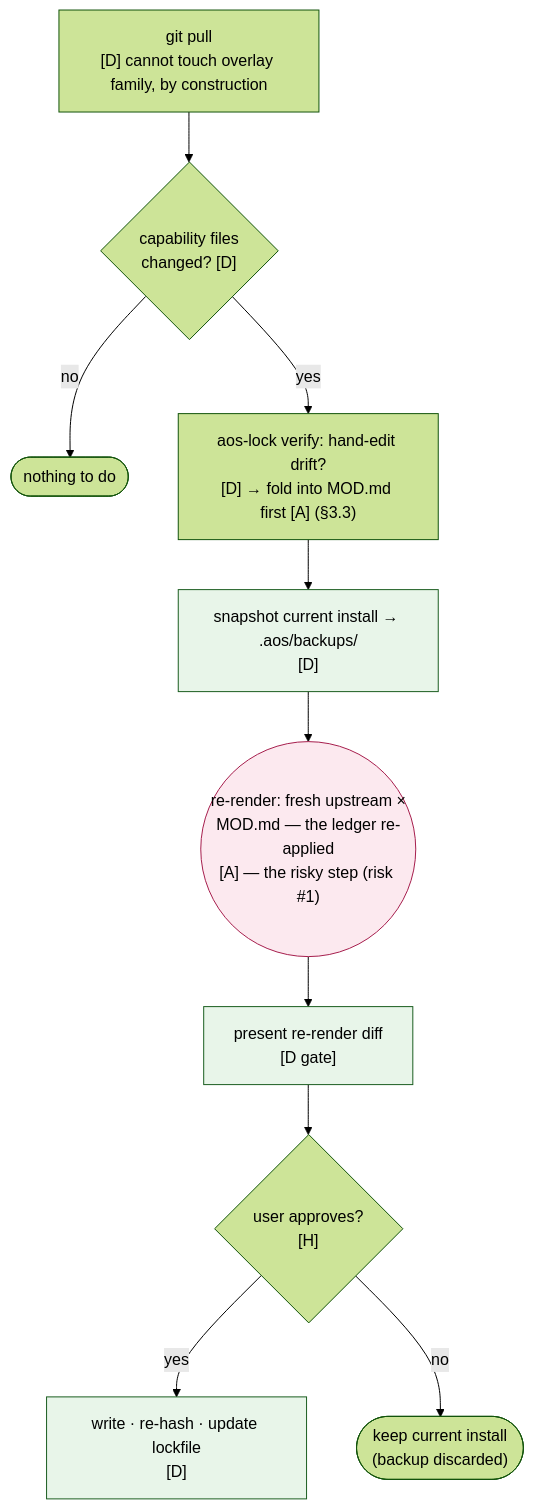
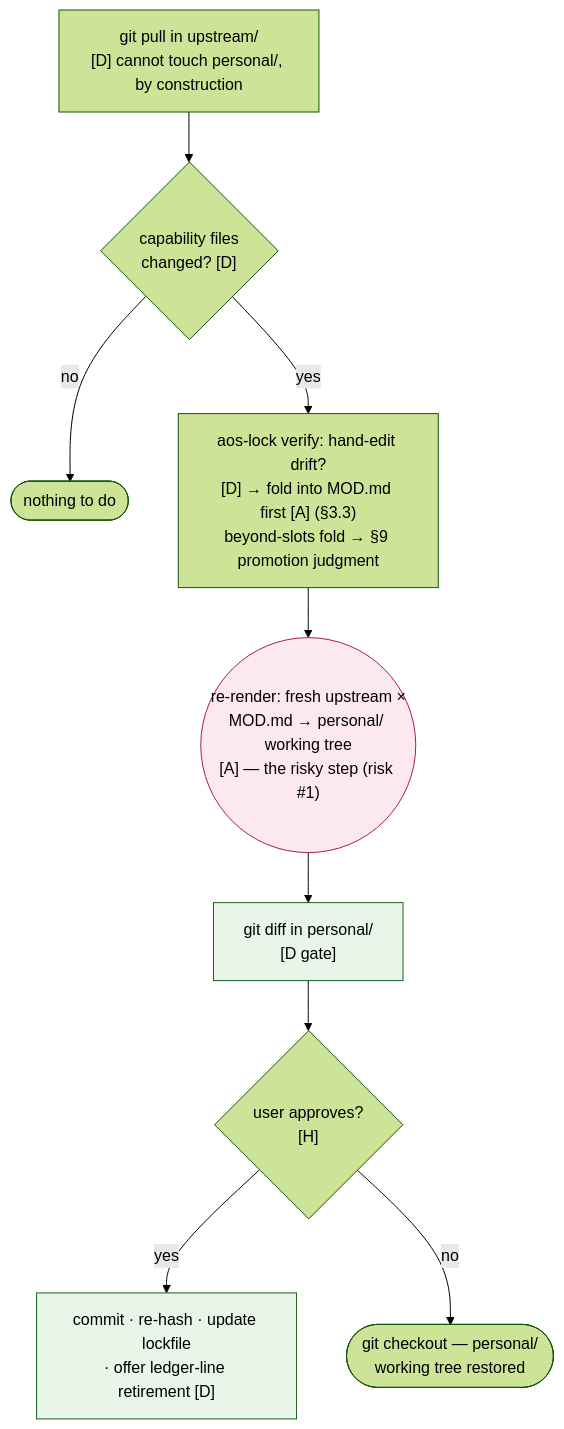
Before and after one commit to AlmogBaku/aos: the second of 2 diagrams in design/install-flow.md, drawn with Mermaid (forest theme). The commit also changed other lines of this file and 6 other files, not shown here.

````diff
--- a/design/install-flow.md
+++ b/design/install-flow.md
@@ -61,17 +61,15 @@
 ```mermaid
 flowchart TB
-    A["git pull<br/>[D] cannot touch overlay family, by construction"] --> B{"capability files<br/>changed? [D]"}
+    A["git pull in upstream/<br/>[D] cannot touch personal/, by construction"] --> B{"capability files<br/>changed? [D]"}
     B -->|no| Z(["nothing to do"])
-    B -->|yes| V["aos-lock verify: hand-edit drift?<br/>[D] → fold into MOD.md first [A] (§3.3)"]
-    V --> C["snapshot current install → .aos/backups/<br/>[D]"]
-    C --> M(("re-render: fresh upstream ×<br/>MOD.md — the ledger re-applied<br/>[A] — the risky step (risk #1)"))
-    M --> D["present re-render diff<br/>[D gate]"]
+    B -->|yes| V["aos-lock verify: hand-edit drift?<br/>[D] → fold into MOD.md first [A] (§3.3)<br/>beyond-slots fold → §9 promotion judgment"]
+    V --> M(("re-render: fresh upstream ×<br/>MOD.md → personal/ working tree<br/>[A] — the risky step (risk #1)"))
+    M --> D["git diff in personal/<br/>[D gate]"]
     D --> Q{"user approves?<br/>[H]"}
-    Q -->|yes| W["write · re-hash · update lockfile<br/>[D]"]
-    Q -->|no| K(["keep current install<br/>(backup discarded)"])
+    Q -->|yes| W["commit · re-hash · update lockfile<br/>· offer ledger-line retirement [D]"]
+    Q -->|no| K(["git checkout — personal/<br/>working tree restored"])
 
     style M fill:#FCE9EF,stroke:#A61E4D
-    style C fill:#E8F5E9,stroke:#1B5E20
     style D fill:#E8F5E9,stroke:#1B5E20
     style W fill:#E8F5E9,stroke:#1B5E20
 ```
````
